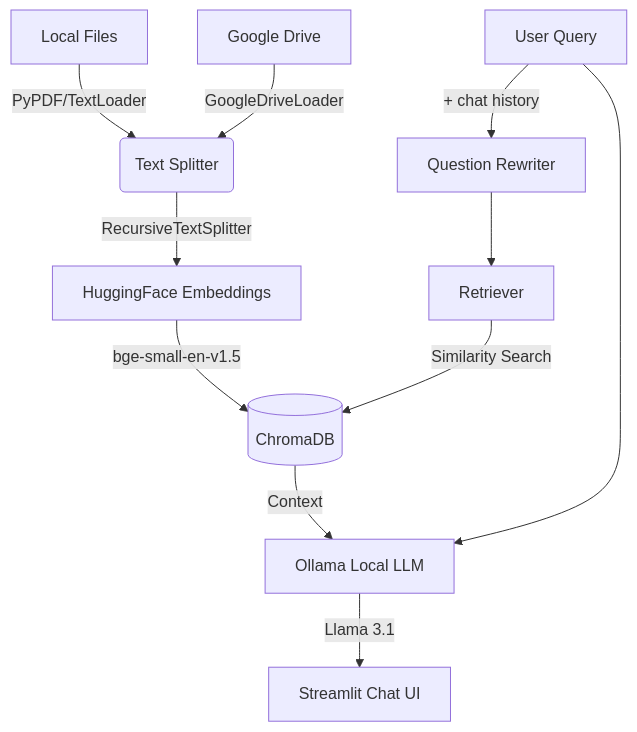
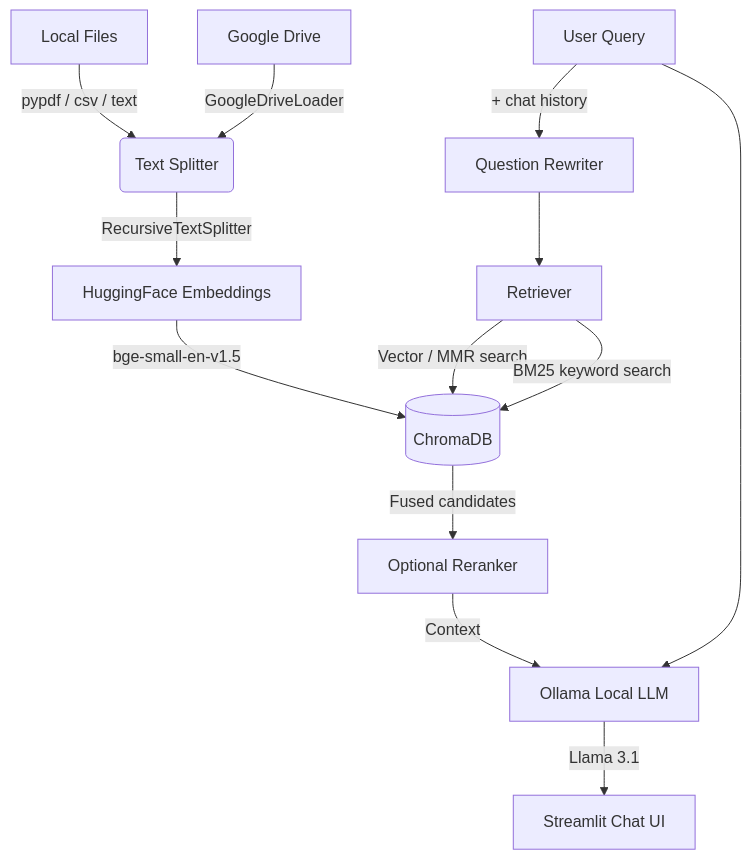
One commit to husseinzayat3/PrivateRAG changed the diagram in README.md. Above: the diagram before and after it, drawn with Mermaid. The commit also changed other lines of this file, not shown here.

````diff
--- a/README.md
+++ b/README.md
@@ -27,14 +32,16 @@
 ```mermaid
 graph TD
-    A[Local Files] -->|PyPDF/TextLoader| C(Text Splitter)
+    A[Local Files] -->|pypdf / csv / text| C(Text Splitter)
     B[Google Drive] -->|GoogleDriveLoader| C
     C -->|RecursiveTextSplitter| D[HuggingFace Embeddings]
     D -->|bge-small-en-v1.5| E[(ChromaDB)]
 
     F[User Query] -->|+ chat history| Q[Question Rewriter]
     Q --> G[Retriever]
-    G -->|Similarity Search| E
-    E -->|Context| H[Ollama Local LLM]
+    G -->|Vector / MMR search| E
+    G -->|BM25 keyword search| E
+    E -->|Fused candidates| R[Optional Reranker]
+    R -->|Context| H[Ollama Local LLM]
     F --> H
     H -->|Llama 3.1| I[Streamlit Chat UI]
 ```
````
